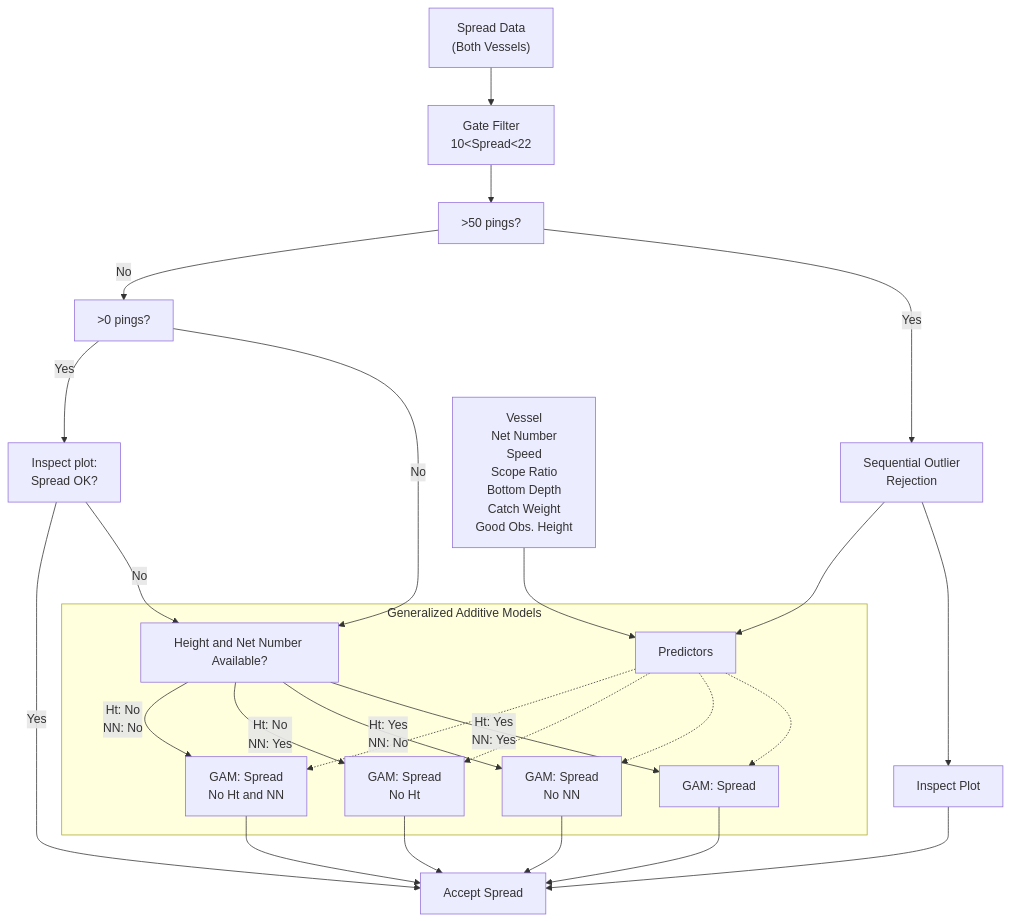
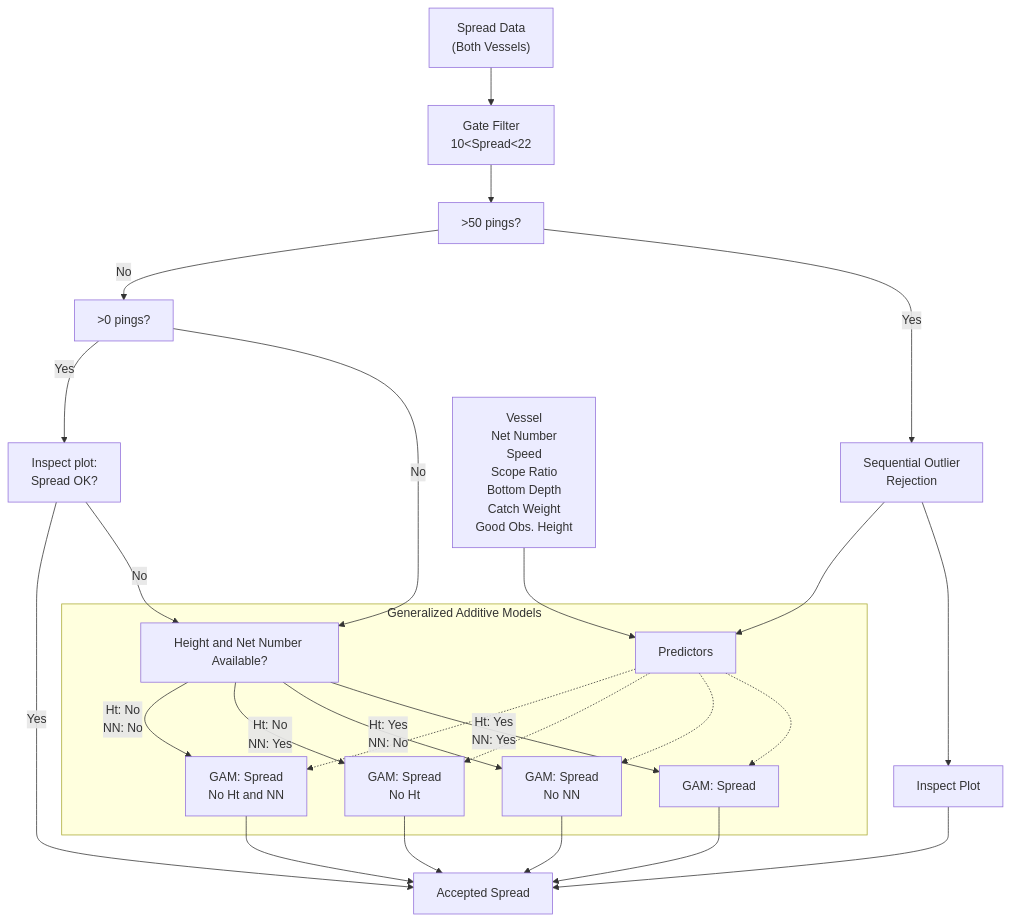
One commit to afsc-gap-products/trawlmetrics changed the third of 6 diagrams in assets/nm_flowchart.md. Above: the diagram before and after it, drawn with Mermaid. The commit also changed other lines of this file, not shown here.

````diff
--- a/assets/nm_flowchart.md
+++ b/assets/nm_flowchart.md
@@ -71,29 +71,29 @@
 ``` mermaid
 graph TD
     SA["Spread Data<br>(Both Vessels)"]-->SB["Gate Filter<br>10&lt;Spread&lt;22"]
     SB["Gate Filter<br>10&lt;Spread&lt;22"]-->SC["&gt;50 pings?"]
     SC["&gt;50 pings?"]-->|Yes| SV[Sequential Outlier<br>Rejection]
     SC["&gt;50 pings?"]-->|No| SF["&gt;0 pings"]
     SV[Sequential Outlier<br>Rejection]-->SW[Inspect Plot]
     SF["&gt;0 pings?"]-->|No| SL[Height and Net Number Available?]
     SF["&gt;0 pings?"]-->|Yes| SI[Inspect plot:<br>Spread OK?]
     SI[Inspect plot:<br>Spread OK?]-->|No| SL[Height and Net Number Available?]
-    SI[Inspect plot:<br>Spread OK?]-->|Yes| SU[Accept Spread]
+    SI[Inspect plot:<br>Spread OK?]-->|Yes| SU[Accepted Spread]
     SV[Sequential Outlier<br>Rejection]-->SX[Predictors]
     SD[Vessel<br>Net Number<br>Speed<br>Scope Ratio<br>Bottom Depth<br>Catch Weight<br>Good Obs. Height]-->SX[Predictors]
     subgraph Generalized Additive Models
       SL[Height and Net Number Available?]-->|Ht: Yes<br>NN: Yes| SQ[GAM: Spread]
       SL[Height and Net Number Available?]-->|Ht: Yes<br>NN: No| SR[GAM: Spread<br>No NN]
       SL[Height and Net Number Available?]-->|Ht: No<br>NN: Yes| SS[GAM: Spread<br>No Ht]
       SL[Height and Net Number Available?]-->|Ht: No<br>NN: No| ST[GAM: Spread<br>No Ht or NN]
       SX[Predictors]-.->SQ[GAM: Spread]
       SX[Predictors]-.->SR[GAM: Spread<br>No NN]
       SX[Predictors]-.->SS[GAM: Spread<br>No Ht]
       SX[Predictors]-.->ST[GAM: Spread<br>No Ht or NN]
     end
-    SQ[GAM: Spread]-->SU[Accept Spread]
-    SR[GAM: Spread<br>No NN]-->SU[Accept Spread]
-    SS[GAM: Spread<br>No Ht]-->SU[Accept Spread]
-    ST[GAM: Spread<br>No Ht and NN]-->SU[Accept Spread]
-    SW[Inspect Plot]-->SU[Accept Spread]
+    SQ[GAM: Spread]-->SU[Accepted Spread]
+    SR[GAM: Spread<br>No NN]-->SU[Accepted Spread]
+    SS[GAM: Spread<br>No Ht]-->SU[Accepted Spread]
+    ST[GAM: Spread<br>No Ht and NN]-->SU[Accepted Spread]
+    SW[Inspect Plot]-->SU[Accepted Spread]
 ```
````
